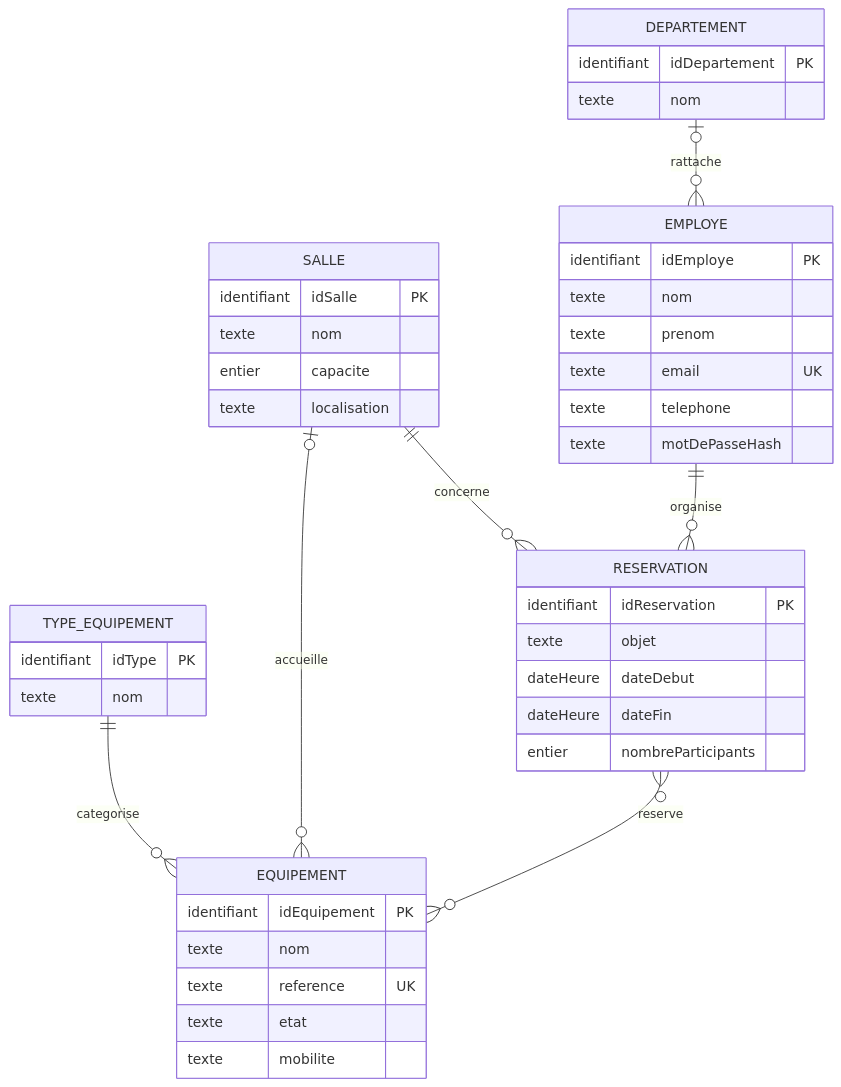
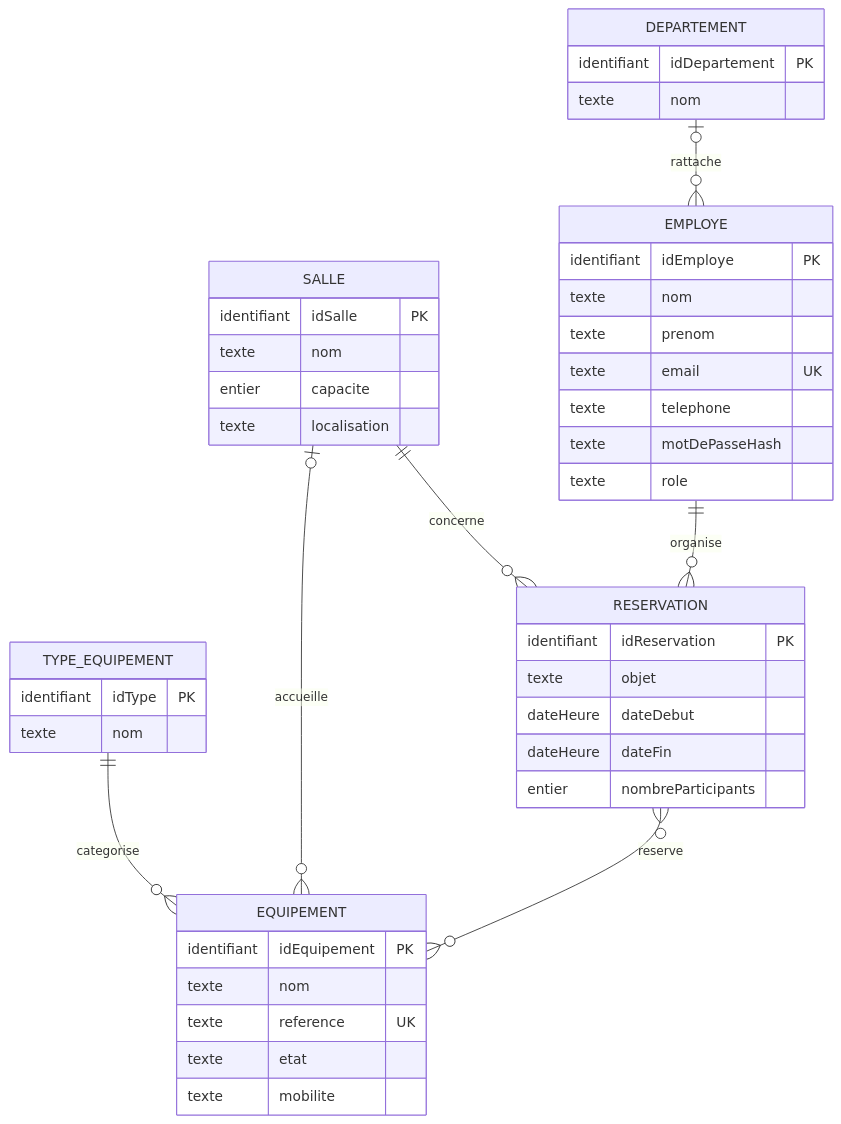
Before and after one commit to JamaisLa/WorkSpace: the diagram in docs/conception/mcd.md, drawn with Mermaid. The commit also changed other lines of this file and 8 other files, not shown here.

````diff
--- a/docs/conception/mcd.md
+++ b/docs/conception/mcd.md
@@ -3,46 +3,47 @@
 ```mermaid
 erDiagram
     DEPARTEMENT {
         identifiant idDepartement PK
         texte nom
     }
     EMPLOYE {
         identifiant idEmploye PK
         texte nom
         texte prenom
         texte email UK
         texte telephone
         texte motDePasseHash
+        texte role
     }
     SALLE {
         identifiant idSalle PK
         texte nom
         entier capacite
         texte localisation
     }
     TYPE_EQUIPEMENT {
         identifiant idType PK
         texte nom
     }
     EQUIPEMENT {
         identifiant idEquipement PK
         texte nom
         texte reference UK
         texte etat
         texte mobilite
     }
     RESERVATION {
         identifiant idReservation PK
         texte objet
         dateHeure dateDebut
         dateHeure dateFin
         entier nombreParticipants
     }
 
     DEPARTEMENT o|--o{ EMPLOYE : rattache
     TYPE_EQUIPEMENT ||--o{ EQUIPEMENT : categorise
     SALLE o|--o{ EQUIPEMENT : accueille
     SALLE ||--o{ RESERVATION : concerne
     EMPLOYE ||--o{ RESERVATION : organise
     RESERVATION o{--o{ EQUIPEMENT : reserve
 ```
````
